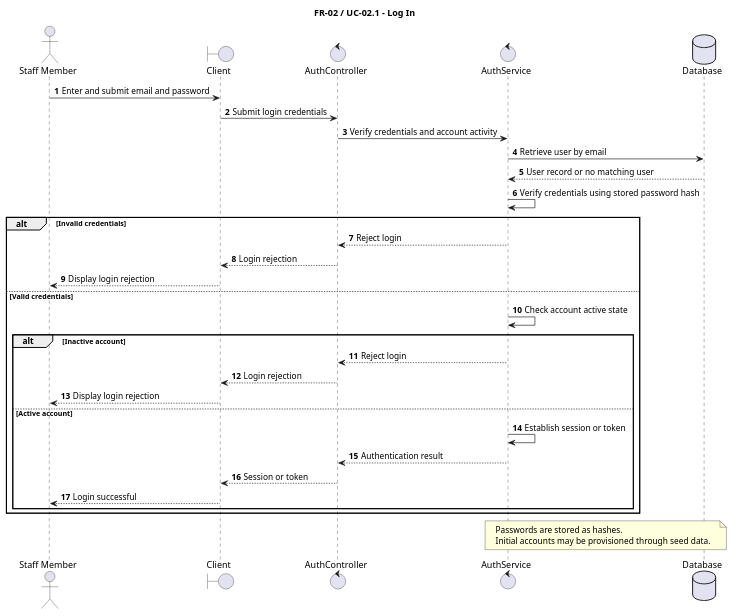
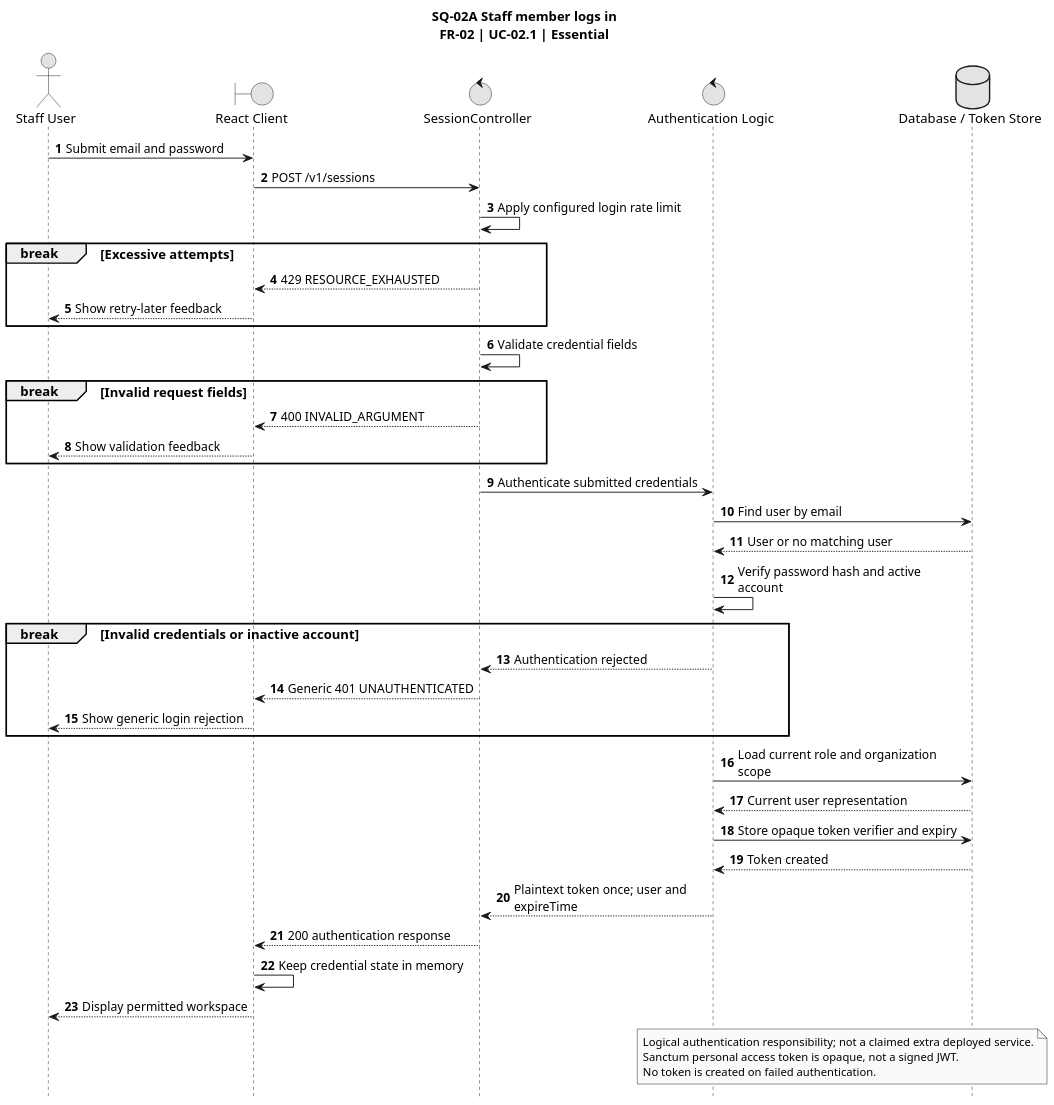
One commit to TitanDevX/BloodBankPlatformUni changed the diagram in docs/uml/Sequence/SQ-02-Login.puml. Above: the diagram before and after it, drawn with PlantUML. The commit also changed 42 other files, not shown here.

Commit message:
Update FR-01 and FR-02 UML documentation

```diff
--- a/docs/uml/Sequence/SQ-02-Login.puml
+++ b/docs/uml/Sequence/SQ-02-Login.puml
@@ -1,36 +1,52 @@
-@startuml FR02_Login_Sequence
-title FR-02 / UC-02.1 - Log In
+@startuml SQ02A_Login
+title SQ-02A Staff member logs in\nFR-02 | UC-02.1 | Essential
+skinparam monochrome true
+skinparam shadowing false
+skinparam defaultFontName Arial
+skinparam defaultFontSize 14
+skinparam ArrowFontSize 13
+skinparam noteFontSize 12
+skinparam dpi 140
+hide footbox
+skinparam maxMessageSize 240
 autonumber
-actor "Staff Member" as Staff
-boundary "Client" as Client
-control "AuthController" as Ctrl
-control "AuthService" as Svc
-database "Database" as DB
-Staff -> Client: Enter and submit email and password
-Client -> Ctrl: Submit login credentials
-Ctrl -> Svc: Verify credentials and account activity
-Svc -> DB: Retrieve user by email
-DB --> Svc: User record or no matching user
-Svc -> Svc: Verify credentials using stored password hash
-alt Invalid credentials
-  Svc --> Ctrl: Reject login
-  Ctrl --> Client: Login rejection
-  Client --> Staff: Display login rejection
-else Valid credentials
-  Svc -> Svc: Check account active state
-  alt Inactive account
-    Svc --> Ctrl: Reject login
-    Ctrl --> Client: Login rejection
-    Client --> Staff: Display login rejection
-  else Active account
-    Svc -> Svc: Establish session or token
-    Svc --> Ctrl: Authentication result
-    Ctrl --> Client: Session or token
-    Client --> Staff: Login successful
-  end
+actor "Staff User" as Staff
+boundary "React Client" as Client
+control SessionController as Ctrl
+control "Authentication Logic" as Auth
+database "Database / Token Store" as DB
+Staff -> Client: Submit email and password
+Client -> Ctrl: POST /v1/sessions
+Ctrl -> Ctrl: Apply configured login rate limit
+break Excessive attempts
+ Ctrl --> Client: 429 RESOURCE_EXHAUSTED
+ Client --> Staff: Show retry-later feedback
 end
-note over Svc, DB
-  Passwords are stored as hashes.
-  Initial accounts may be provisioned through seed data.
+Ctrl -> Ctrl: Validate credential fields
+break Invalid request fields
+ Ctrl --> Client: 400 INVALID_ARGUMENT
+ Client --> Staff: Show validation feedback
+end
+Ctrl -> Auth: Authenticate submitted credentials
+Auth -> DB: Find user by email
+DB --> Auth: User or no matching user
+Auth -> Auth: Verify password hash and active account
+break Invalid credentials or inactive account
+ Auth --> Ctrl: Authentication rejected
+ Ctrl --> Client: Generic 401 UNAUTHENTICATED
+ Client --> Staff: Show generic login rejection
+end
+Auth -> DB: Load current role and organization scope
+DB --> Auth: Current user representation
+Auth -> DB: Store opaque token verifier and expiry
+DB --> Auth: Token created
+Auth --> Ctrl: Plaintext token once; user and expireTime
+Ctrl --> Client: 200 authentication response
+Client -> Client: Keep credential state in memory
+Client --> Staff: Display permitted workspace
+note over Auth, DB
+ Logical authentication responsibility; not a claimed extra deployed service.
+ Sanctum personal access token is opaque, not a signed JWT.
+ No token is created on failed authentication.
 end note
 @enduml
```
